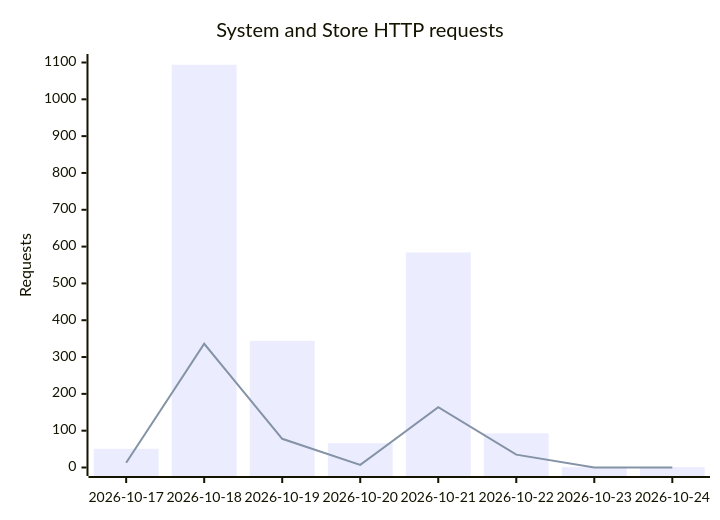
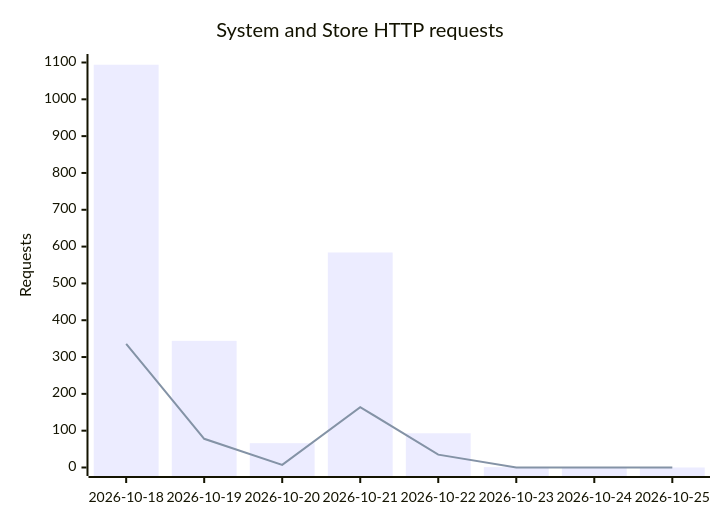
The diagram in APPLICATION-ACTIVITY.md (GeorgePlattDemo/3d-solutions-program), drawn with Mermaid before and after one commit. The commit also changed other lines of this file and 2 other files, not shown here.

````diff
--- a/APPLICATION-ACTIVITY.md
+++ b/APPLICATION-ACTIVITY.md
@@ -9,8 +9,8 @@
 ```mermaid
 xychart-beta
     title "System and Store HTTP requests"
-    x-axis ["2026-10-17","2026-10-18","2026-10-19","2026-10-20","2026-10-21","2026-10-22","2026-10-23","2026-10-24"]
+    x-axis ["2026-10-18","2026-10-19","2026-10-20","2026-10-21","2026-10-22","2026-10-23","2026-10-24","2026-10-25"]
     y-axis "Requests" 0 --> 1100
-    bar [51,1094,344,66,584,93,1,1]
-    line [13,336,78,7,164,35,0,0]
+    bar [1094,344,66,584,93,1,1,0]
+    line [336,78,7,164,35,0,0,0]
 ```
````
